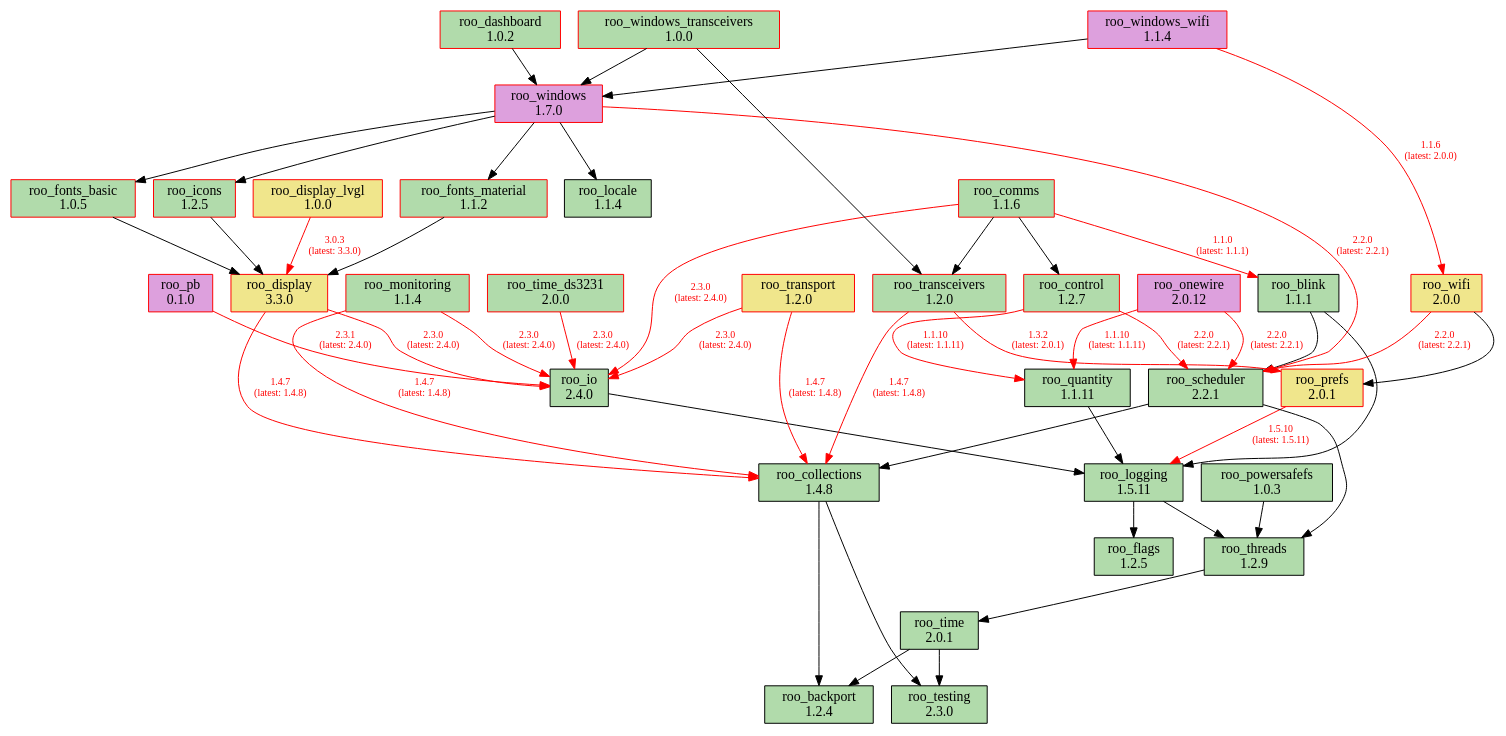
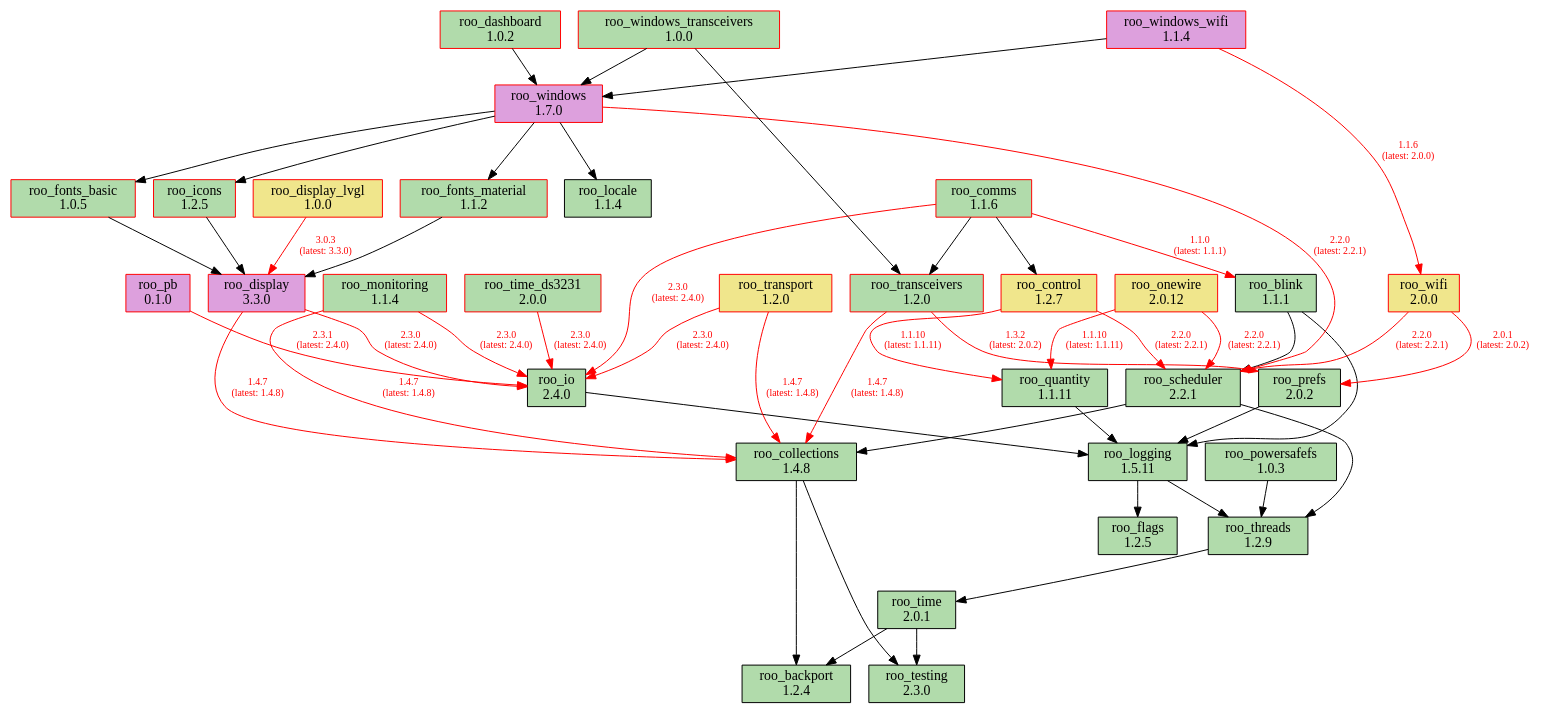
The diagram in doc/dependencies.dot (dejwk/roo-registry), drawn with Graphviz before and after one commit. The commit also changed 3 other files, not shown here.

Commit message:
Added roo_prefs 2.0.2 to the registry.

```diff
--- a/doc/dependencies.dot
+++ b/doc/dependencies.dot
@@ -1,90 +1,90 @@
 digraph dependencies {
     rankdir=TB;
     node [shape=box, style=filled];
     edge [fontsize=10];
 
     // Modules
     "roo_backport" [label="roo_backport\n1.2.4", fillcolor="#b1dbab", color="black"];
     "roo_blink" [label="roo_blink\n1.1.1", fillcolor="#b1dbab", color="black"];
     "roo_collections" [label="roo_collections\n1.4.8", fillcolor="#b1dbab", color="black"];
     "roo_comms" [label="roo_comms\n1.1.6", fillcolor="#b1dbab", color="red"];
-    "roo_control" [label="roo_control\n1.2.7", fillcolor="#b1dbab", color="red"];
+    "roo_control" [label="roo_control\n1.2.7", fillcolor="khaki", color="red"];
     "roo_dashboard" [label="roo_dashboard\n1.0.2", fillcolor="#b1dbab", color="red"];
-    "roo_display" [label="roo_display\n3.3.0", fillcolor="khaki", color="red"];
+    "roo_display" [label="roo_display\n3.3.0", fillcolor="plum", color="red"];
     "roo_display_lvgl" [label="roo_display_lvgl\n1.0.0", fillcolor="khaki", color="red"];
     "roo_flags" [label="roo_flags\n1.2.5", fillcolor="#b1dbab", color="black"];
     "roo_fonts_basic" [label="roo_fonts_basic\n1.0.5", fillcolor="#b1dbab", color="red"];
     "roo_fonts_material" [label="roo_fonts_material\n1.1.2", fillcolor="#b1dbab", color="red"];
     "roo_icons" [label="roo_icons\n1.2.5", fillcolor="#b1dbab", color="red"];
     "roo_io" [label="roo_io\n2.4.0", fillcolor="#b1dbab", color="black"];
     "roo_locale" [label="roo_locale\n1.1.4", fillcolor="#b1dbab", color="black"];
     "roo_logging" [label="roo_logging\n1.5.11", fillcolor="#b1dbab", color="black"];
     "roo_monitoring" [label="roo_monitoring\n1.1.4", fillcolor="#b1dbab", color="red"];
-    "roo_onewire" [label="roo_onewire\n2.0.12", fillcolor="plum", color="red"];
+    "roo_onewire" [label="roo_onewire\n2.0.12", fillcolor="khaki", color="red"];
     "roo_pb" [label="roo_pb\n0.1.0", fillcolor="plum", color="red"];
     "roo_powersafefs" [label="roo_powersafefs\n1.0.3", fillcolor="#b1dbab", color="black"];
-    "roo_prefs" [label="roo_prefs\n2.0.1", fillcolor="khaki", color="red"];
+    "roo_prefs" [label="roo_prefs\n2.0.2", fillcolor="#b1dbab", color="black"];
     "roo_quantity" [label="roo_quantity\n1.1.11", fillcolor="#b1dbab", color="black"];
     "roo_scheduler" [label="roo_scheduler\n2.2.1", fillcolor="#b1dbab", color="black"];
     "roo_testing" [label="roo_testing\n2.3.0", fillcolor="#b1dbab", color="black"];
     "roo_threads" [label="roo_threads\n1.2.9", fillcolor="#b1dbab", color="black"];
     "roo_time" [label="roo_time\n2.0.1", fillcolor="#b1dbab", color="black"];
     "roo_time_ds3231" [label="roo_time_ds3231\n2.0.0", fillcolor="#b1dbab", color="red"];
     "roo_transceivers" [label="roo_transceivers\n1.2.0", fillcolor="#b1dbab", color="red"];
     "roo_transport" [label="roo_transport\n1.2.0", fillcolor="khaki", color="red"];
     "roo_wifi" [label="roo_wifi\n2.0.0", fillcolor="khaki", color="red"];
     "roo_windows" [label="roo_windows\n1.7.0", fillcolor="plum", color="red"];
     "roo_windows_transceivers" [label="roo_windows_transceivers\n1.0.0", fillcolor="#b1dbab", color="red"];
     "roo_windows_wifi" [label="roo_windows_wifi\n1.1.4", fillcolor="plum", color="red"];
 
     // Dependencies
     "roo_blink" -> "roo_logging";
     "roo_blink" -> "roo_scheduler";
     "roo_collections" -> "roo_testing";
     "roo_collections" -> "roo_backport";
     "roo_comms" -> "roo_blink" [color=red, fontcolor=red, label="1.1.0\n(latest: 1.1.1)"];
     "roo_comms" -> "roo_control";
     "roo_comms" -> "roo_io" [color=red, fontcolor=red, label="2.3.0\n(latest: 2.4.0)"];
     "roo_comms" -> "roo_transceivers";
     "roo_control" -> "roo_quantity" [color=red, fontcolor=red, label="1.1.10\n(latest: 1.1.11)"];
     "roo_control" -> "roo_scheduler" [color=red, fontcolor=red, label="2.2.0\n(latest: 2.2.1)"];
     "roo_dashboard" -> "roo_windows";
     "roo_display" -> "roo_collections" [color=red, fontcolor=red, label="1.4.7\n(latest: 1.4.8)"];
     "roo_display" -> "roo_io" [color=red, fontcolor=red, label="2.3.0\n(latest: 2.4.0)"];
     "roo_display_lvgl" -> "roo_display" [color=red, fontcolor=red, label="3.0.3\n(latest: 3.3.0)"];
     "roo_fonts_basic" -> "roo_display";
     "roo_fonts_material" -> "roo_display";
     "roo_icons" -> "roo_display";
     "roo_io" -> "roo_logging";
     "roo_logging" -> "roo_flags";
     "roo_logging" -> "roo_threads";
     "roo_monitoring" -> "roo_collections" [color=red, fontcolor=red, label="1.4.7\n(latest: 1.4.8)"];
     "roo_monitoring" -> "roo_io" [color=red, fontcolor=red, label="2.3.0\n(latest: 2.4.0)"];
     "roo_onewire" -> "roo_scheduler" [color=red, fontcolor=red, label="2.2.0\n(latest: 2.2.1)"];
     "roo_onewire" -> "roo_quantity" [color=red, fontcolor=red, label="1.1.10\n(latest: 1.1.11)"];
     "roo_pb" -> "roo_io" [color=red, fontcolor=red, label="2.3.1\n(latest: 2.4.0)"];
     "roo_powersafefs" -> "roo_threads";
-    "roo_prefs" -> "roo_logging" [color=red, fontcolor=red, label="1.5.10\n(latest: 1.5.11)"];
+    "roo_prefs" -> "roo_logging";
     "roo_quantity" -> "roo_logging";
     "roo_scheduler" -> "roo_collections";
     "roo_scheduler" -> "roo_threads";
     "roo_threads" -> "roo_time";
     "roo_time" -> "roo_testing";
     "roo_time" -> "roo_backport";
     "roo_time_ds3231" -> "roo_io" [color=red, fontcolor=red, label="2.3.0\n(latest: 2.4.0)"];
     "roo_transceivers" -> "roo_collections" [color=red, fontcolor=red, label="1.4.7\n(latest: 1.4.8)"];
-    "roo_transceivers" -> "roo_prefs" [color=red, fontcolor=red, label="1.3.2\n(latest: 2.0.1)"];
+    "roo_transceivers" -> "roo_prefs" [color=red, fontcolor=red, label="1.3.2\n(latest: 2.0.2)"];
     "roo_transport" -> "roo_collections" [color=red, fontcolor=red, label="1.4.7\n(latest: 1.4.8)"];
     "roo_transport" -> "roo_io" [color=red, fontcolor=red, label="2.3.0\n(latest: 2.4.0)"];
-    "roo_wifi" -> "roo_prefs";
+    "roo_wifi" -> "roo_prefs" [color=red, fontcolor=red, label="2.0.1\n(latest: 2.0.2)"];
     "roo_wifi" -> "roo_scheduler" [color=red, fontcolor=red, label="2.2.0\n(latest: 2.2.1)"];
     "roo_windows" -> "roo_fonts_basic";
     "roo_windows" -> "roo_fonts_material";
     "roo_windows" -> "roo_locale";
     "roo_windows" -> "roo_icons";
     "roo_windows" -> "roo_scheduler" [color=red, fontcolor=red, label="2.2.0\n(latest: 2.2.1)"];
     "roo_windows_transceivers" -> "roo_transceivers";
     "roo_windows_transceivers" -> "roo_windows";
     "roo_windows_wifi" -> "roo_wifi" [color=red, fontcolor=red, label="1.1.6\n(latest: 2.0.0)"];
     "roo_windows_wifi" -> "roo_windows";
 }
```
